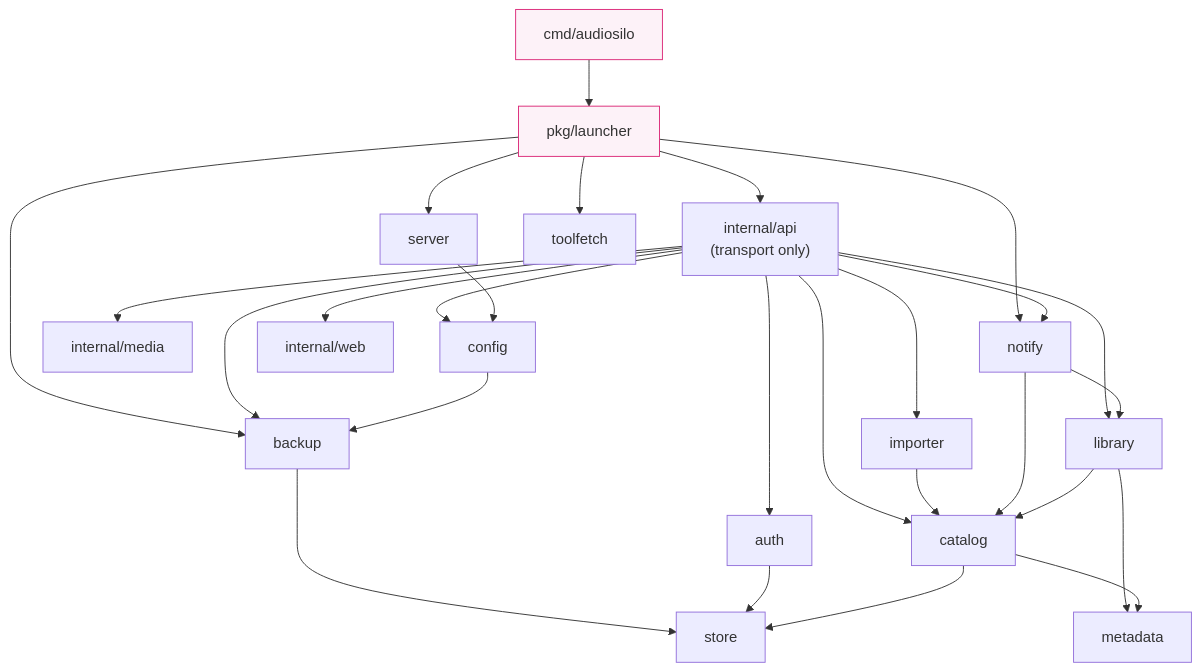
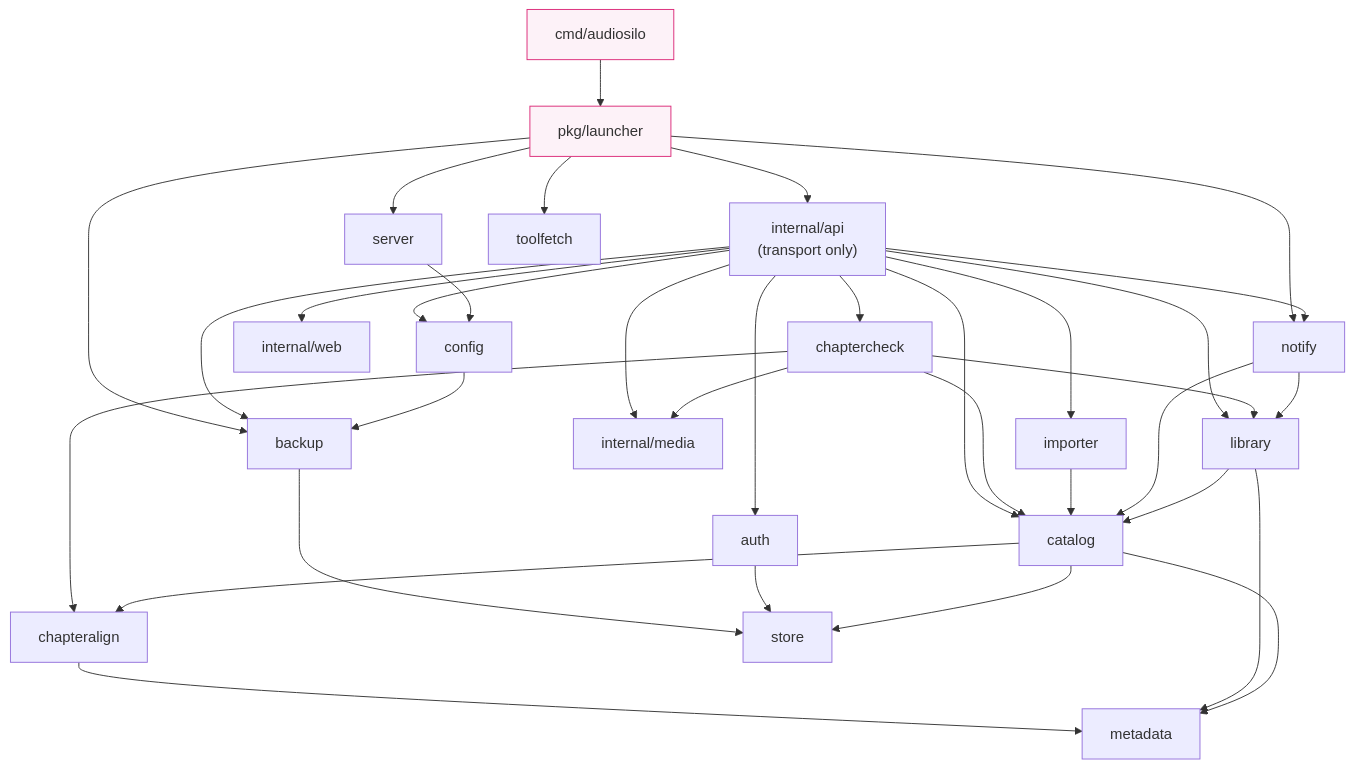
The diagram in docs-developers/server/overview.md (KodeStar/audiosilo-docs), drawn with Mermaid before and after one commit. The commit also changed other lines of this file and 23 other files, not shown here.

````diff
--- a/docs-developers/server/overview.md
+++ b/docs-developers/server/overview.md
@@ -257,20 +269,23 @@
 ```mermaid
 graph TD
   cmd["cmd/audiosilo"] --> launcher["pkg/launcher"]
   launcher --> api & server & toolfetch & backup & notify
-  api["internal/api<br/>(transport only)"] --> auth & catalog & library & media & config & web & backup & notify & importer
+  api["internal/api<br/>(transport only)"] --> auth & catalog & library & media & config & web & backup & notify & importer & chaptercheck
+  chaptercheck --> catalog & library & media & chapteralign
+  catalog --> chapteralign
+  chapteralign --> metadata
   importer --> catalog
   server --> config
   config --> backup
   backup --> store
   notify --> catalog & library
   library --> catalog & metadata
   auth --> store
   catalog --> store
   catalog --> metadata
   web["internal/web"]
   media["internal/media"]
 
   classDef pub fill:#fdf2f8,stroke:#db2777;
   class launcher,cmd pub;
 ```
````
